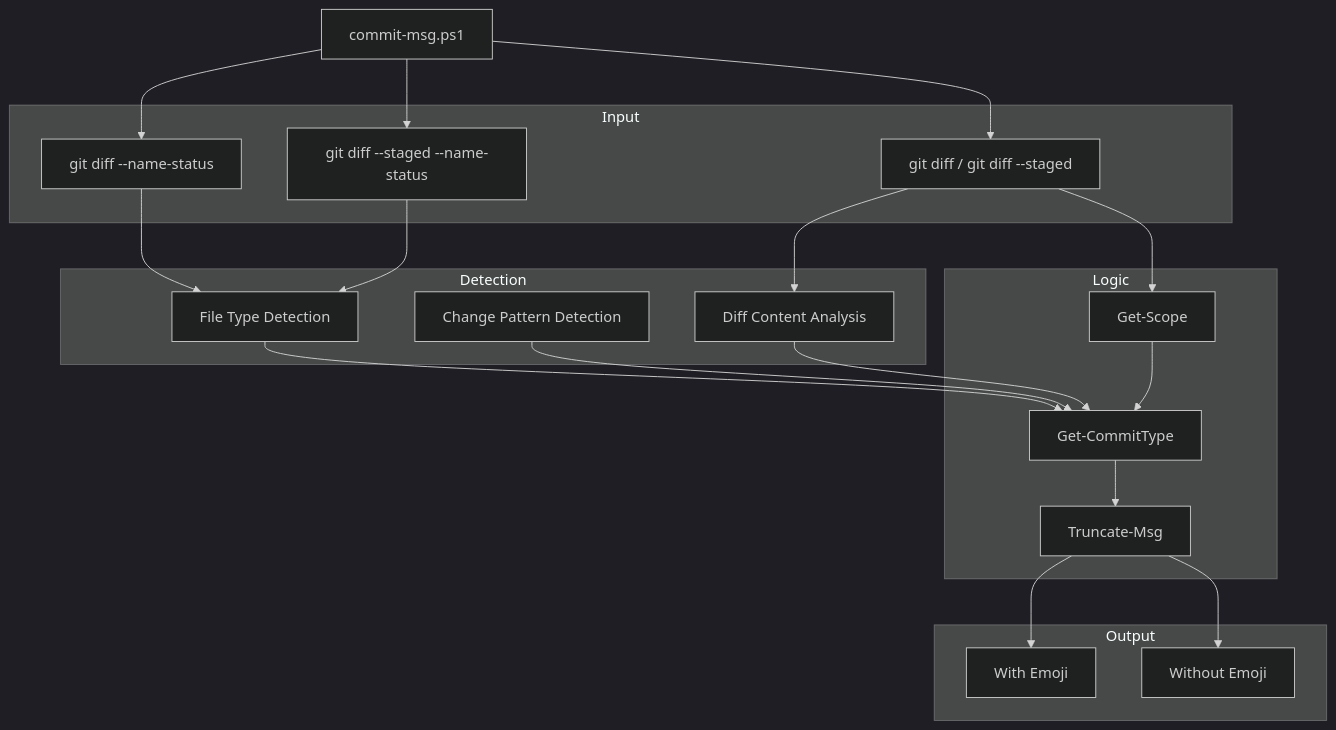
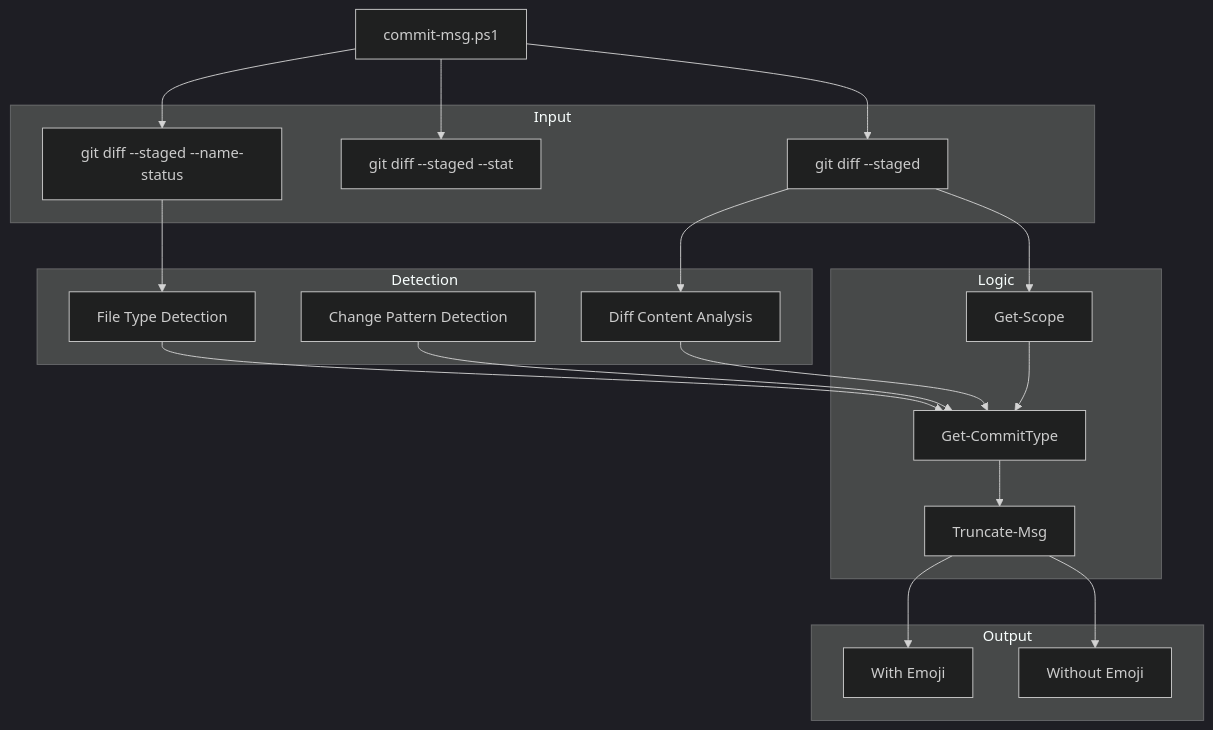
Before and after one commit to Beno-Goulart/GitWhisper: the first of 2 diagrams in README.md, drawn with Mermaid (dark theme). The commit also changed other lines of this file and 2 other files, not shown here.

````diff
--- a/README.md
+++ b/README.md
@@ -99,45 +98,44 @@
 ```mermaid
 graph TD
     Script["commit-msg.ps1"]
 
     subgraph Input
-        DiffUnstaged["git diff --name-status"]
         DiffStaged["git diff --staged --name-status"]
-        DiffContent["git diff / git diff --staged"]
+        DiffStat["git diff --staged --stat"]
+        DiffContent["git diff --staged"]
     end
 
     subgraph Detection
         FileType["File Type Detection"]
         ChangePattern["Change Pattern Detection"]
         DiffAnalysis["Diff Content Analysis"]
     end
 
     subgraph Logic
         Scope["Get-Scope"]
         Type["Get-CommitType"]
         Truncate["Truncate-Msg"]
     end
 
     subgraph Output
         Emoji["With Emoji"]
         NoEmoji["Without Emoji"]
     end
 
-    Script --> DiffUnstaged
     Script --> DiffStaged
+    Script --> DiffStat
     Script --> DiffContent
 
-    DiffUnstaged --> FileType
     DiffStaged --> FileType
     DiffContent --> DiffAnalysis
 
     FileType --> Type
     ChangePattern --> Type
     DiffAnalysis --> Type
 
     DiffContent --> Scope
     Scope --> Type
     Type --> Truncate
     Truncate --> Emoji
     Truncate --> NoEmoji
 ```
````
